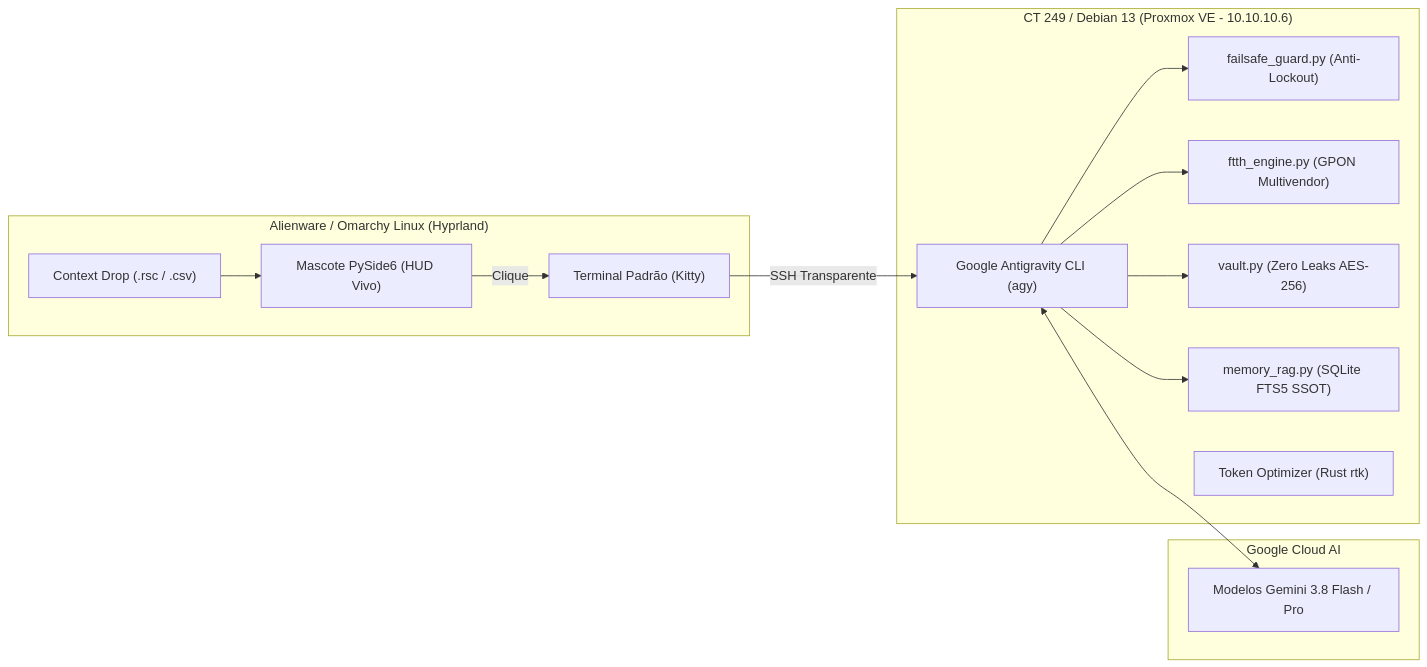
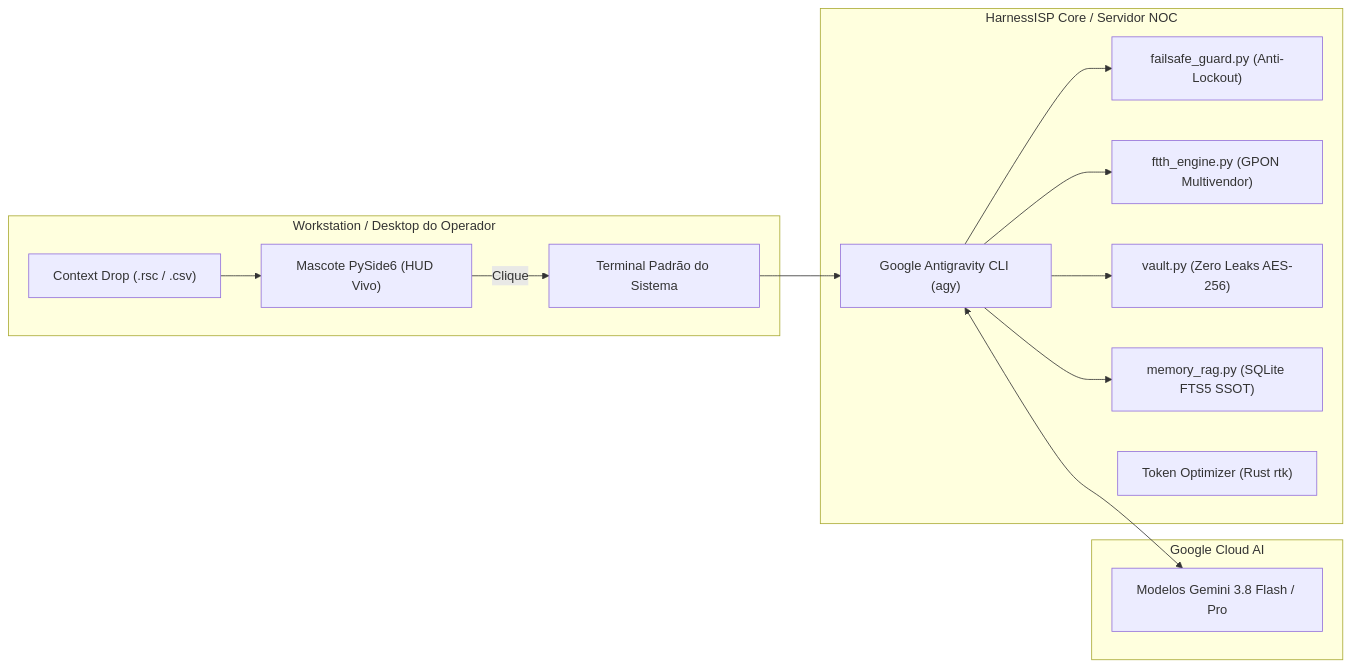
One commit to brncesarms/harness-isp changed the diagram in README.md. Above: the diagram before and after it, drawn with Mermaid. The commit also changed other lines of this file and 3 other files, not shown here.

````diff
--- a/README.md
+++ b/README.md
@@ -29,28 +29,28 @@
 ```mermaid
 flowchart LR
-    subgraph Workstation["Alienware / Omarchy Linux (Hyprland)"]
+    subgraph Workstation["Workstation / Desktop do Operador"]
         Companion["Mascote PySide6 (HUD Vivo)"]
         DropZone["Context Drop (.rsc / .csv)"] --> Companion
-        Companion -->|Clique| Terminal["Terminal Padrão (Kitty)"]
+        Companion -->|Clique| Terminal["Terminal Padrão do Sistema"]
     end
 
-    subgraph CT249["CT 249 / Debian 13 (Proxmox VE - 10.10.10.6)"]
+    subgraph CoreEngine["HarnessISP Core / Servidor NOC"]
         AGY["Google Antigravity CLI (agy)"]
         Guard["failsafe_guard.py (Anti-Lockout)"]
         FTTH["ftth_engine.py (GPON Multivendor)"]
         Vault["vault.py (Zero Leaks AES-256)"]
         RAG["memory_rag.py (SQLite FTS5 SSOT)"]
         RTK["Token Optimizer (Rust rtk)"]
     end
 
     subgraph Cloud["Google Cloud AI"]
         Gemini["Modelos Gemini 3.8 Flash / Pro"]
     end
 
-    Terminal -->|SSH Transparente| AGY
+    Terminal --> AGY
     AGY <--> Gemini
     AGY --> Guard
     AGY --> FTTH
     AGY --> RAG
     AGY --> Vault
 ```
````
